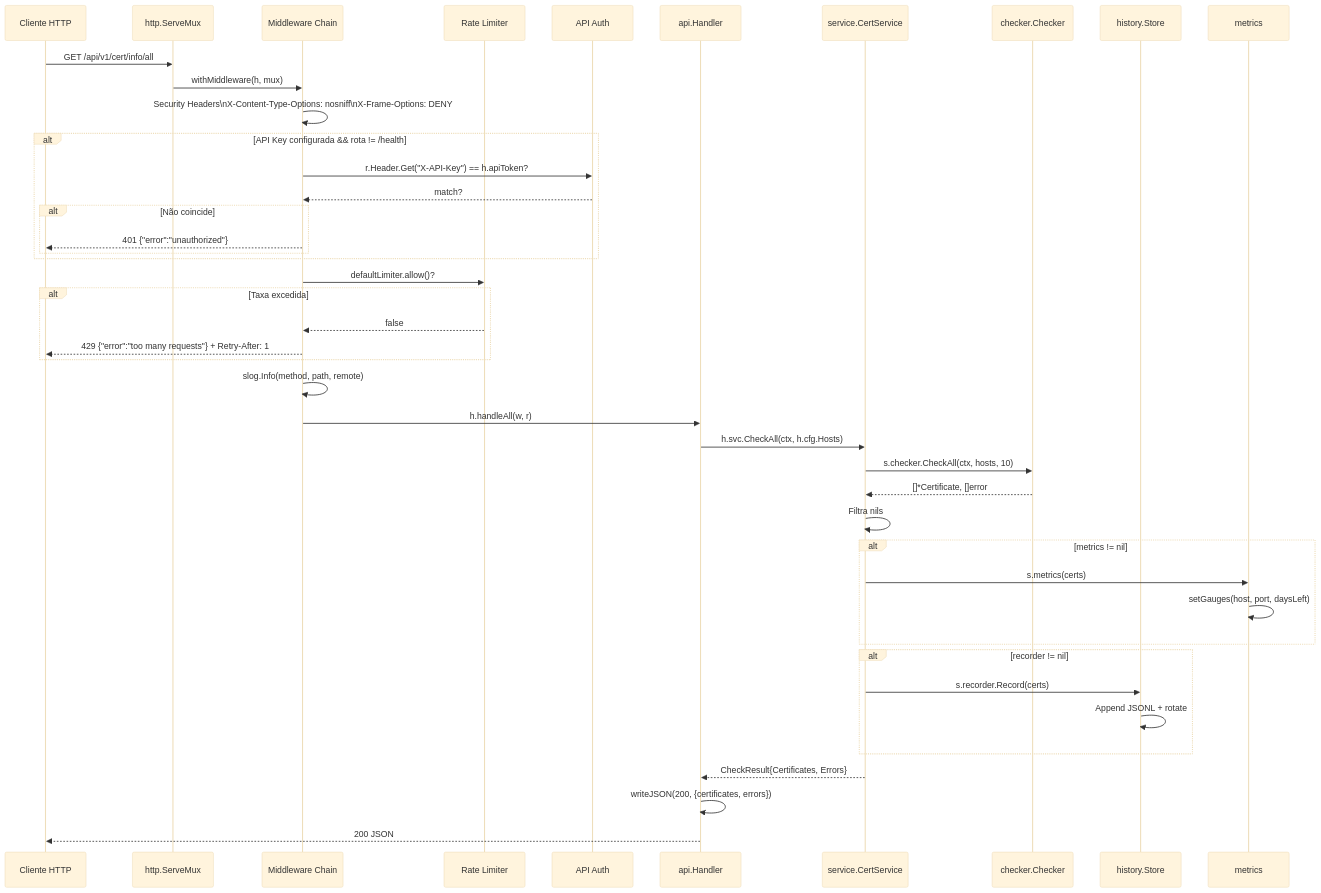
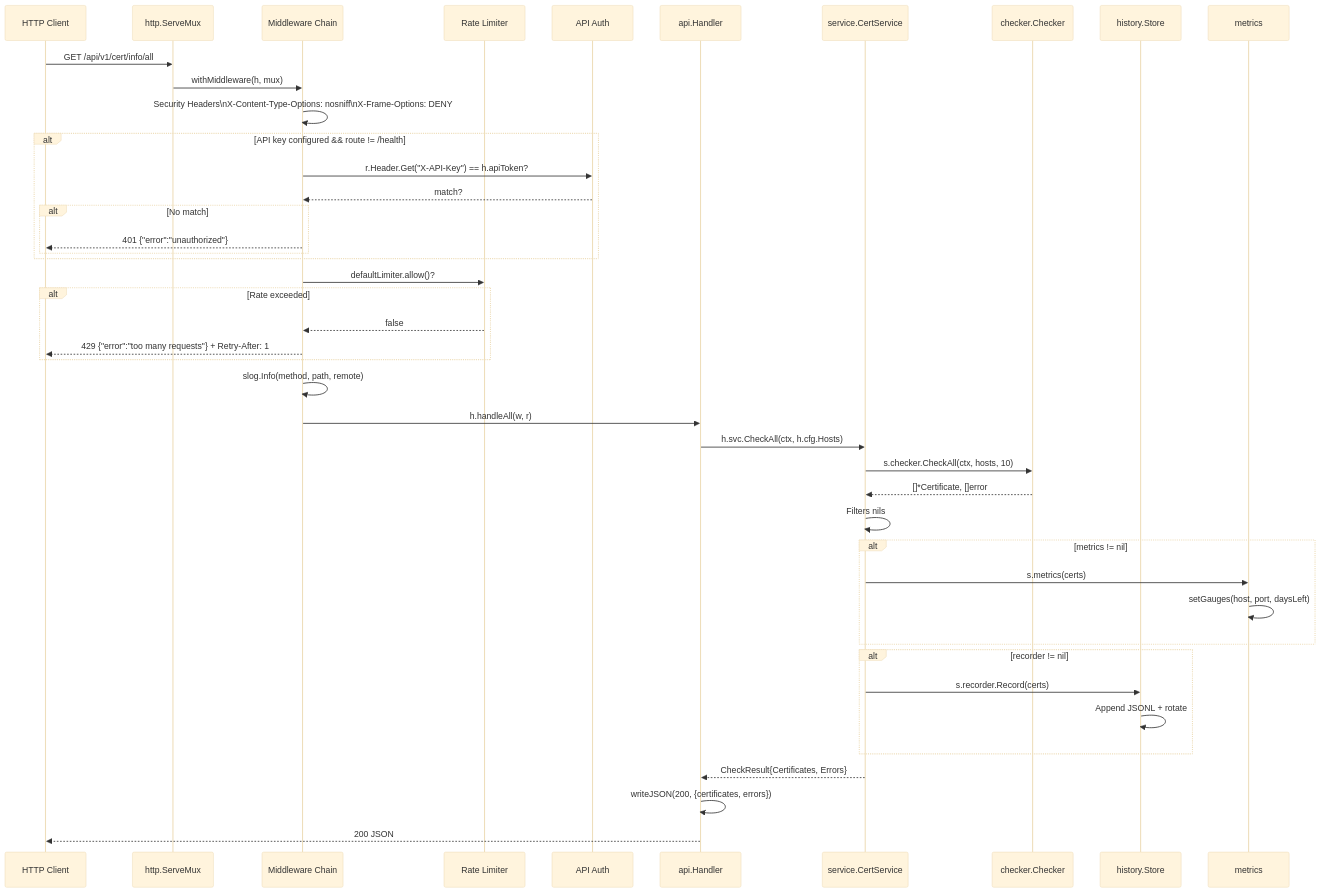
The fifth of 14 diagrams in docs/ARCHITECTURE.md (fabianoflorentino/certificate-validate), drawn with Mermaid (base theme) before and after one commit. The commit also changed other lines of this file and 2 other files, not shown here.

````diff
--- a/docs/ARCHITECTURE.md
+++ b/docs/ARCHITECTURE.md
@@ -264,52 +264,52 @@
 ```mermaid
 sequenceDiagram
-    participant Client as Cliente HTTP
+    participant Client as HTTP Client
     participant Mux as http.ServeMux
     participant MW as Middleware Chain
     participant RL as Rate Limiter
     participant Auth as API Auth
     participant Handler as api.Handler
     participant Svc as service.CertService
     participant Checker as checker.Checker
     participant Hist as history.Store
     participant Metrics as metrics
 
     Client->>Mux: GET /api/v1/cert/info/all
     Mux->>MW: withMiddleware(h, mux)
 
     MW->>MW: Security Headers\nX-Content-Type-Options: nosniff\nX-Frame-Options: DENY
 
-    alt API Key configurada && rota != /health
+    alt API key configured && route != /health
         MW->>Auth: r.Header.Get("X-API-Key") == h.apiToken?
         Auth-->>MW: match?
-        alt Não coincide
+        alt No match
             MW-->>Client: 401 {"error":"unauthorized"}
         end
     end
 
     MW->>RL: defaultLimiter.allow()?
-    alt Taxa excedida
+    alt Rate exceeded
         RL-->>MW: false
         MW-->>Client: 429 {"error":"too many requests"} + Retry-After: 1
     end
 
     MW->>MW: slog.Info(method, path, remote)
     MW->>Handler: h.handleAll(w, r)
 
     Handler->>Svc: h.svc.CheckAll(ctx, h.cfg.Hosts)
     Svc->>Checker: s.checker.CheckAll(ctx, hosts, 10)
     Checker-->>Svc: []*Certificate, []error
-    Svc->>Svc: Filtra nils
+    Svc->>Svc: Filters nils
     alt metrics != nil
         Svc->>Metrics: s.metrics(certs)
         Metrics->>Metrics: setGauges(host, port, daysLeft)
     end
     alt recorder != nil
         Svc->>Hist: s.recorder.Record(certs)
         Hist->>Hist: Append JSONL + rotate
     end
     Svc-->>Handler: CheckResult{Certificates, Errors}
 
     Handler->>Handler: writeJSON(200, {certificates, errors})
     Handler-->>Client: 200 JSON
 ```
````
